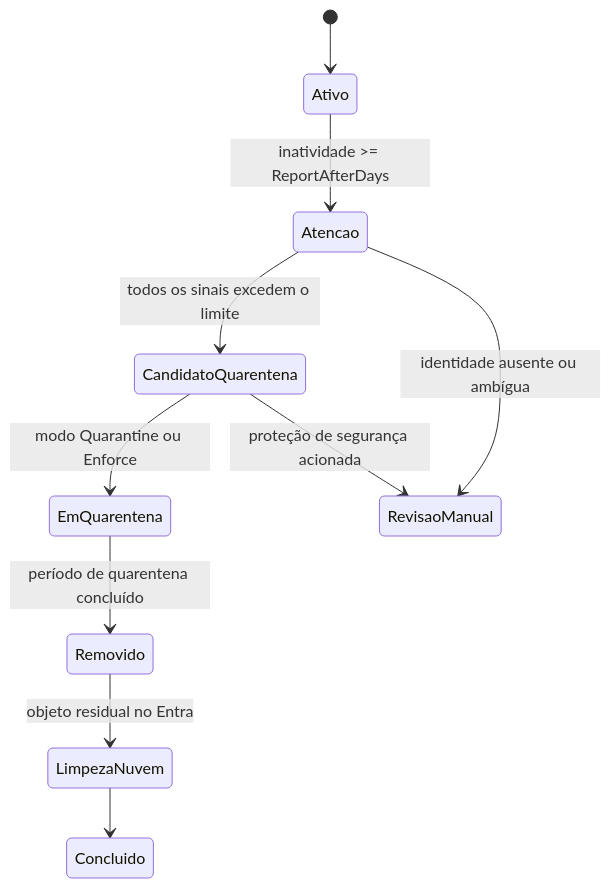
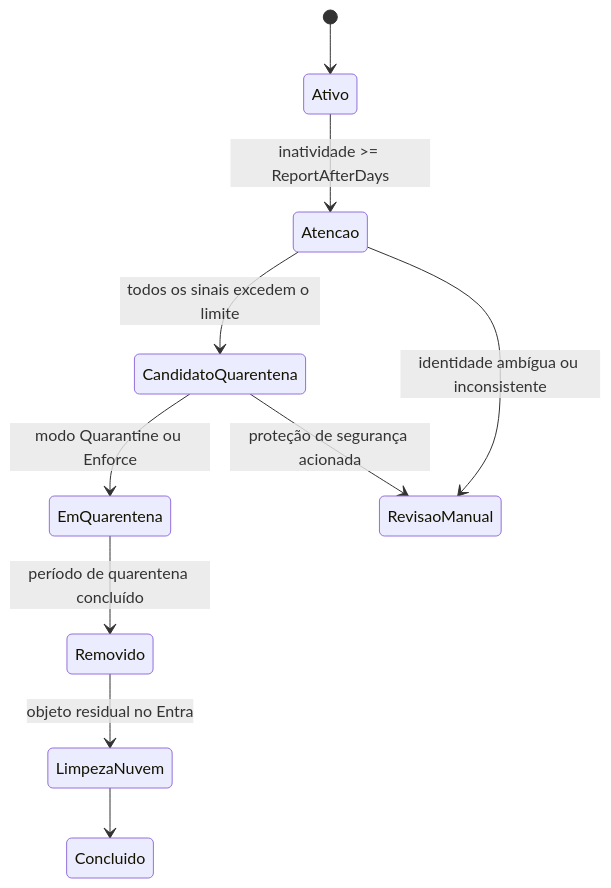
One commit to diogowermann/DeviceLifecycle changed the third of 3 diagrams in README.pt-BR.md. Above: the diagram before and after it, drawn with Mermaid. The commit also changed other lines of this file and 8 other files, not shown here.

````diff
--- a/README.pt-BR.md
+++ b/README.pt-BR.md
@@ -78,13 +78,13 @@
 ```mermaid
 stateDiagram-v2
     [*] --> Ativo
     Ativo --> Atencao: inatividade >= ReportAfterDays
     Atencao --> CandidatoQuarentena: todos os sinais excedem o limite
     CandidatoQuarentena --> EmQuarentena: modo Quarantine ou Enforce
     EmQuarentena --> Removido: período de quarentena concluído
     Removido --> LimpezaNuvem: objeto residual no Entra
     LimpezaNuvem --> Concluido
 
-    Atencao --> RevisaoManual: identidade ausente ou ambígua
+    Atencao --> RevisaoManual: identidade ambígua ou inconsistente
     CandidatoQuarentena --> RevisaoManual: proteção de segurança acionada
 ```
````
